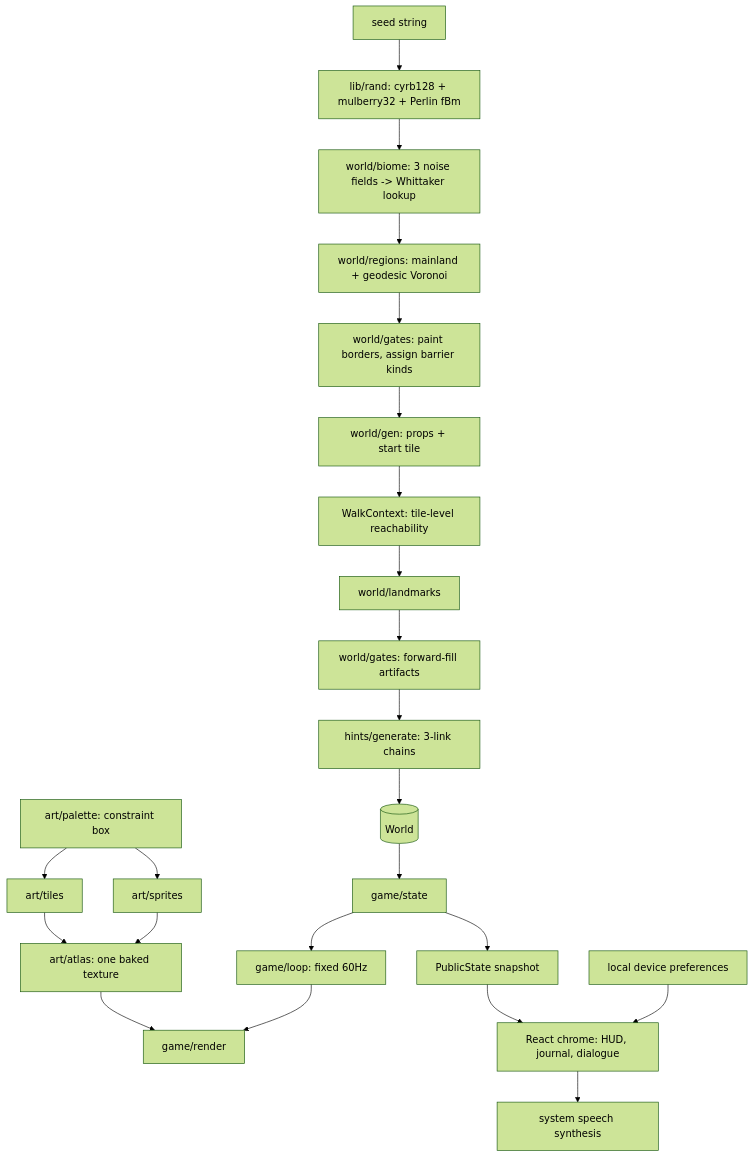
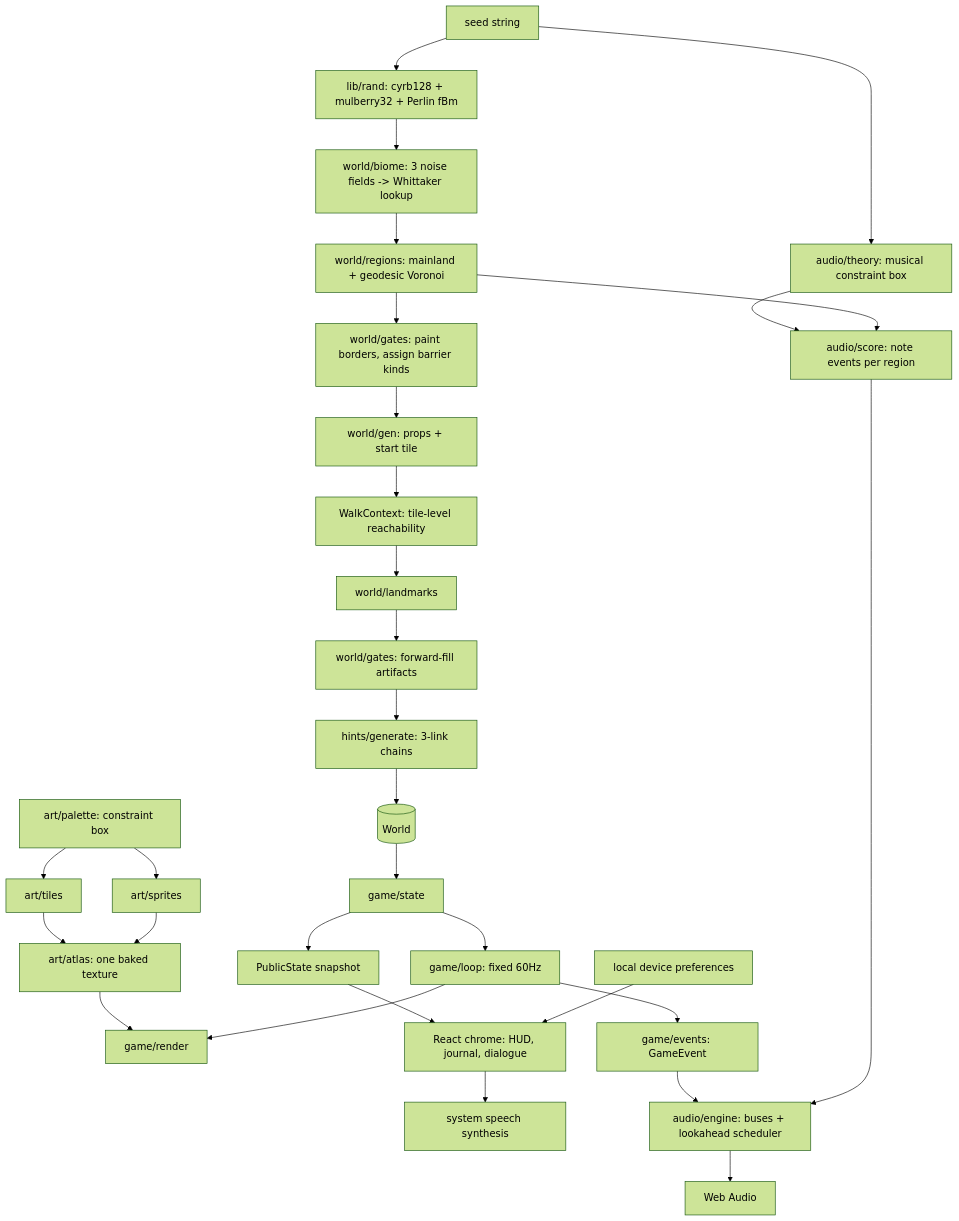
Before and after one commit to erichstauffer/open-range: the diagram in architecture.md, drawn with Mermaid (forest theme). The commit also changed other lines of this file and 2 other files, not shown here.

First line of the commit message:
Document the music in the README, architecture and changelog

````diff
--- a/architecture.md
+++ b/architecture.md
@@ -21,27 +21,35 @@
 ```mermaid
 flowchart TB
     SEED[seed string] --> RAND[lib/rand: cyrb128 + mulberry32 + Perlin fBm]
     RAND --> TERRAIN[world/biome: 3 noise fields -> Whittaker lookup]
     TERRAIN --> REGIONS[world/regions: mainland + geodesic Voronoi]
     REGIONS --> GATES[world/gates: paint borders, assign barrier kinds]
     GATES --> PROPS[world/gen: props + start tile]
     PROPS --> WALK[WalkContext: tile-level reachability]
     WALK --> LANDMARKS[world/landmarks]
     LANDMARKS --> FILL[world/gates: forward-fill artifacts]
     FILL --> HINTS[hints/generate: 3-link chains]
     HINTS --> WORLD[(World)]
 
     PALETTE[art/palette: constraint box] --> TILES[art/tiles]
     PALETTE --> SPRITES[art/sprites]
     TILES --> ATLAS[art/atlas: one baked texture]
     SPRITES --> ATLAS
 
     WORLD --> STATE[game/state]
     ATLAS --> RENDER[game/render]
     STATE --> LOOP[game/loop: fixed 60Hz]
     LOOP --> RENDER
     STATE --> SNAP[PublicState snapshot]
     SNAP --> REACT[React chrome: HUD, journal, dialogue]
     PREFS[local device preferences] --> REACT
     REACT --> SPEECH[system speech synthesis]
+
+    SEED --> THEORY[audio/theory: musical constraint box]
+    THEORY --> SCORE[audio/score: note events per region]
+    REGIONS --> SCORE
+    LOOP --> EVENTS[game/events: GameEvent]
+    EVENTS --> ENGINE[audio/engine: buses + lookahead scheduler]
+    SCORE --> ENGINE
+    ENGINE --> WEBAUDIO[Web Audio]
 ```
````
